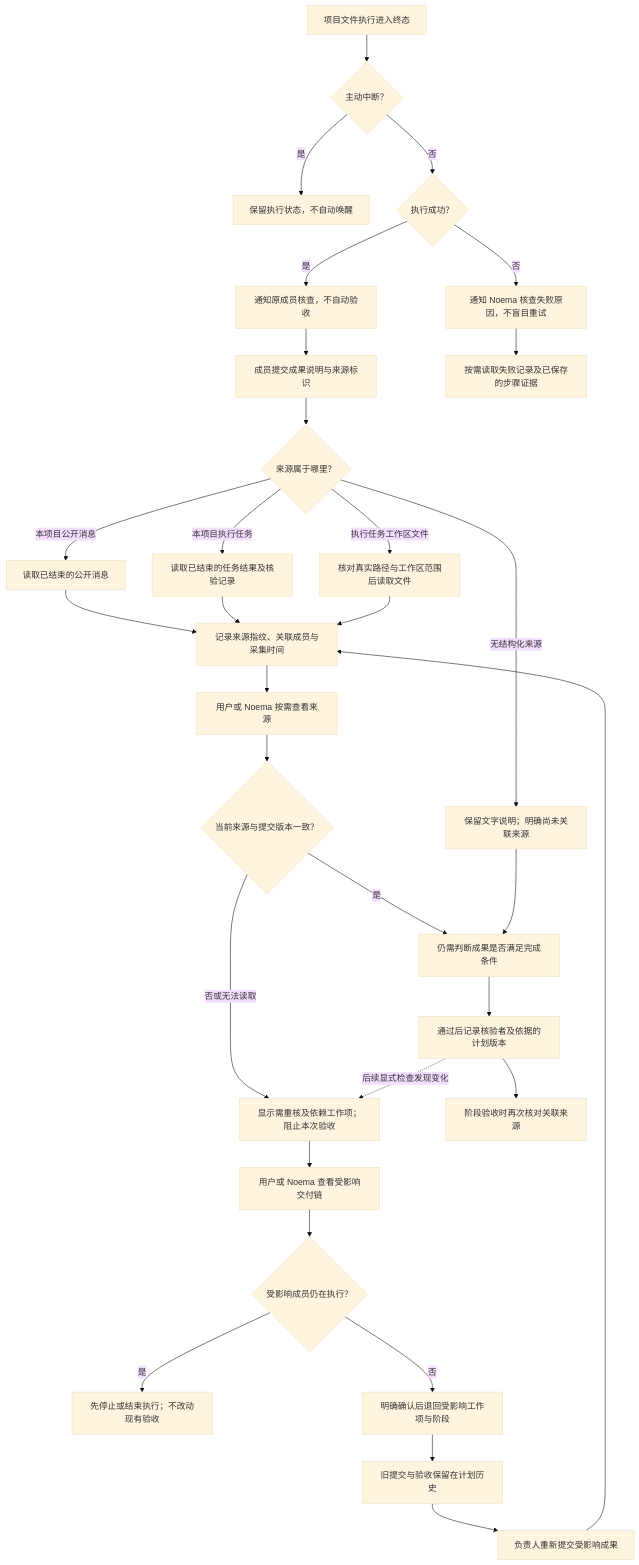
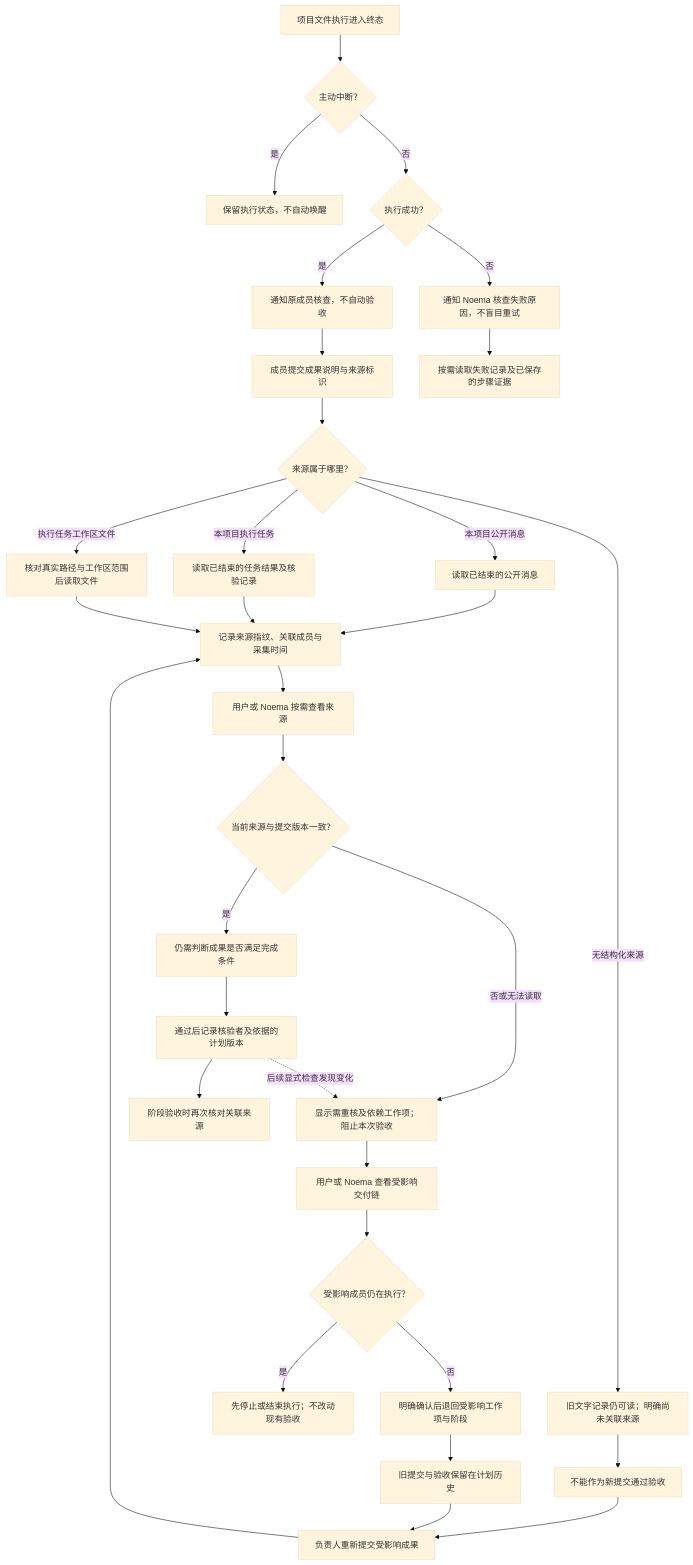
Before and after one commit to Noema-Harness/noema-agent: the tenth of 14 diagrams in docs/design/noema-core-flows.md, drawn with Mermaid (base theme). The commit also changed other lines of this file, not shown here.

Commit message:
docs(plan): reflect evidence submission closure

````diff
--- a/docs/design/noema-core-flows.md
+++ b/docs/design/noema-core-flows.md
@@ -285,33 +285,34 @@
 ```mermaid
 flowchart TD
     EXEC_END[项目文件执行进入终态] --> INTERRUPTED{主动中断？}
     INTERRUPTED -- 是 --> HOLD[保留执行状态，不自动唤醒]
     INTERRUPTED -- 否 --> EXEC_OK{执行成功？}
     EXEC_OK -- 是 --> MEMBER_RESULT[通知原成员核查，不自动验收]
     EXEC_OK -- 否 --> FAILURE_RESULT[通知 Noema 核查失败原因，不盲目重试]
     MEMBER_RESULT --> RESULT
     FAILURE_RESULT --> READ_RESULT[按需读取失败记录及已保存的步骤证据]
     RESULT[成员提交成果说明与来源标识] --> SOURCE{来源属于哪里？}
     SOURCE -- 本项目公开消息 --> MESSAGE[读取已结束的公开消息]
     SOURCE -- 本项目执行任务 --> EXECUTION[读取已结束的任务结果及核验记录]
     SOURCE -- 执行任务工作区文件 --> FILE[核对真实路径与工作区范围后读取文件]
     MESSAGE --> SNAPSHOT[记录来源指纹、关联成员与采集时间]
     EXECUTION --> SNAPSHOT
     FILE --> SNAPSHOT
-    SOURCE -- 无结构化来源 --> TEXT[保留文字说明；明确尚未关联来源]
+    SOURCE -- 无结构化来源 --> TEXT[旧文字记录仍可读；明确尚未关联来源]
+    TEXT --> UNLINKED[不能作为新提交通过验收]
+    UNLINKED --> RESUBMIT
     SNAPSHOT --> READ[用户或 Noema 按需查看来源]
     READ --> COMPARE{当前来源与提交版本一致？}
     COMPARE -- 否或无法读取 --> STALE[显示需重核及依赖工作项；阻止本次验收]
     STALE --> REVIEW_IMPACT[用户或 Noema 查看受影响交付链]
     REVIEW_IMPACT --> ACTIVE{受影响成员仍在执行？}
     ACTIVE -- 是 --> HOLD_REOPEN[先停止或结束执行；不改动现有验收]
     ACTIVE -- 否 --> REOPEN[明确确认后退回受影响工作项与阶段]
     REOPEN --> HISTORY[旧提交与验收保留在计划历史]
     HISTORY --> RESUBMIT[负责人重新提交受影响成果]
     RESUBMIT --> SNAPSHOT
     COMPARE -- 是 --> JUDGE[仍需判断成果是否满足完成条件]
-    TEXT --> JUDGE
     JUDGE --> ACCEPT[通过后记录核验者及依据的计划版本]
     ACCEPT --> PHASE[阶段验收时再次核对关联来源]
     ACCEPT -. 后续显式检查发现变化 .-> STALE
 ```
````
